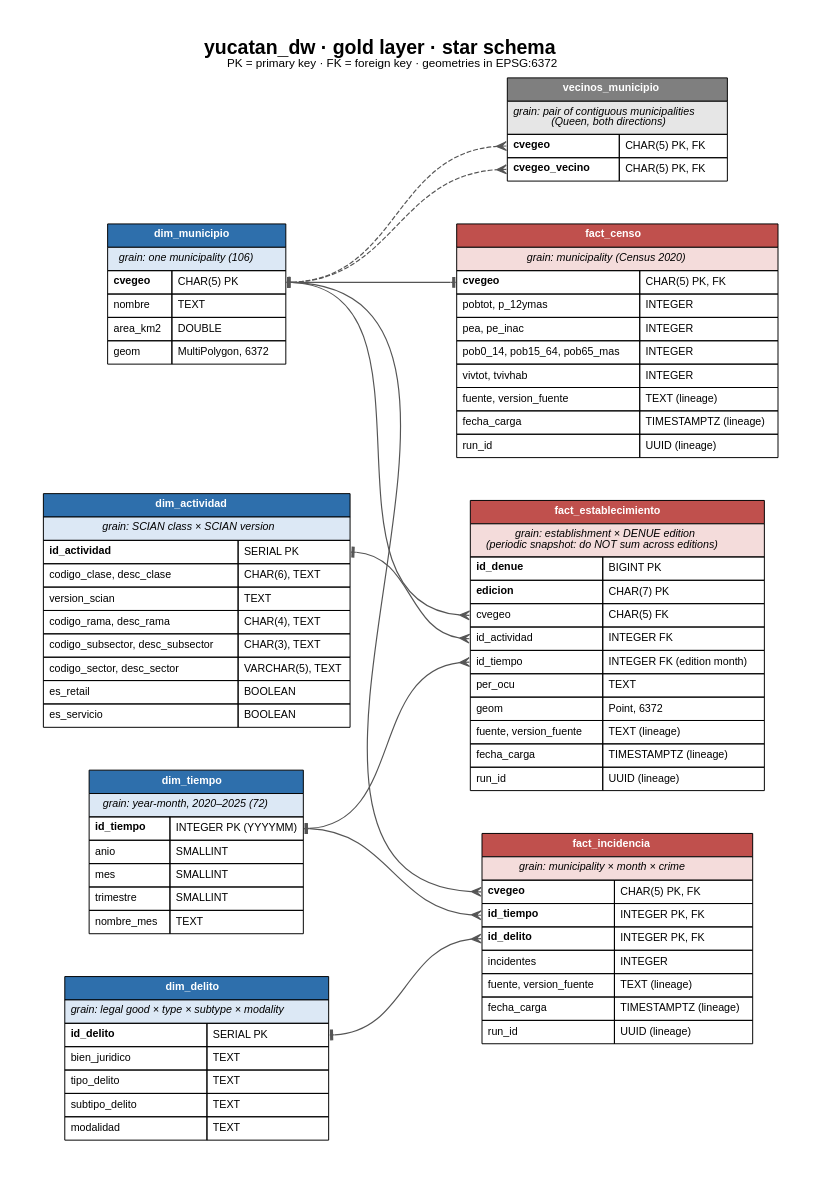
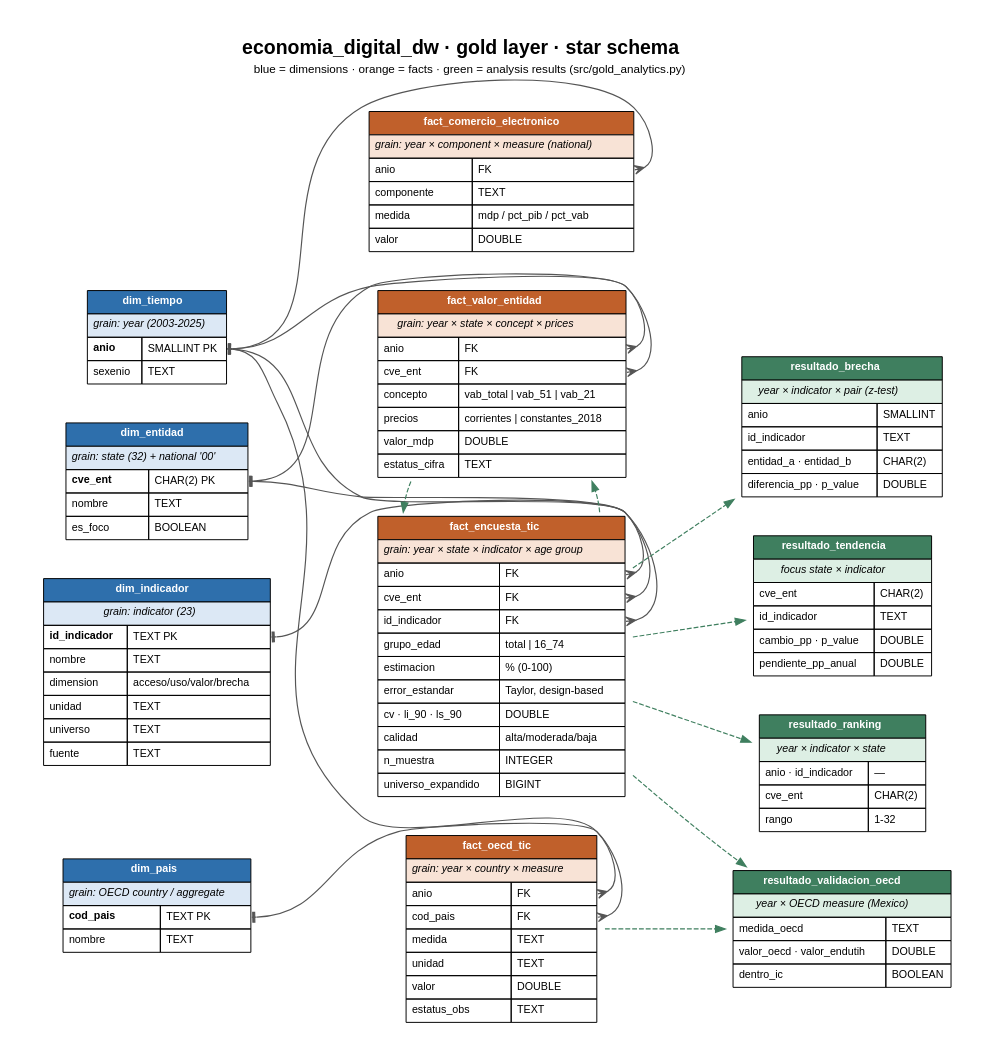
The diagram in docs/warehouse_model.dot (Basengalenga/Tabasco_Yucatan_Mexico), drawn with Graphviz before and after one commit. The commit also changed 157 other files, not shown here.

```diff
--- a/docs/warehouse_model.dot
+++ b/docs/warehouse_model.dot
@@ -1,127 +1,103 @@
-// Dimensional model of the gold layer (yucatan_dw).
+// Dimensional model of the gold layer (economia_digital_dw).
 // Render: dot -Tpng -Gdpi=150 docs/warehouse_model.dot -o docs/warehouse_model.png
 digraph warehouse_model {
-    graph [rankdir=LR, splines=spline, nodesep=0.5, ranksep=1.3, fontname="Helvetica", fontsize=20,
-           labelloc=t, label=<<b>yucatan_dw · gold layer · star schema</b><br/><font point-size="12">PK = primary key · FK = foreign key · geometries in EPSG:6372</font>>, pad=0.4];
+    graph [rankdir=LR, splines=spline, nodesep=0.45, ranksep=1.2, fontname="Helvetica", fontsize=20,
+           labelloc=t, label=<<b>economia_digital_dw · gold layer · star schema</b><br/><font point-size="6"> </font><br/><font point-size="12">blue = dimensions · orange = facts · green = analysis results (src/gold_analytics.py)</font>>, pad=0.4];
     node  [shape=plaintext, fontname="Helvetica", fontsize=11];
     edge  [arrowhead=crow, arrowtail=tee, dir=both, color="#555555", penwidth=1.2];
 
-    // ---------------------------------------------------------------- dimensions
-    dim_municipio [label=<
+    dim_entidad [label=<
       <table border="0" cellborder="1" cellspacing="0" cellpadding="5" bgcolor="white">
-        <tr><td bgcolor="#2E6FAC" colspan="2"><font color="white"><b>dim_municipio</b></font></td></tr>
-        <tr><td bgcolor="#DCE8F5" colspan="2"><i>grain: one municipality (106)</i></td></tr>
-        <tr><td align="left"><b>cvegeo</b></td><td align="left" port="cvegeo">CHAR(5) PK</td></tr>
-        <tr><td align="left">nombre</td><td align="left">TEXT</td></tr>
-        <tr><td align="left">area_km2</td><td align="left">DOUBLE</td></tr>
-        <tr><td align="left">geom</td><td align="left">MultiPolygon, 6372</td></tr>
+        <tr><td bgcolor="#2E6FAC" colspan="2"><font color="white"><b>dim_entidad</b></font></td></tr>
+        <tr><td bgcolor="#DCE8F5" colspan="2"><i>grain: state (32) + national '00'</i></td></tr>
+        <tr><td align="left"><b>cve_ent</b></td><td align="left" port="cve_ent">CHAR(2) PK</td></tr><tr><td align="left">nombre</td><td align="left" port="nombre">TEXT</td></tr><tr><td align="left">es_foco</td><td align="left" port="es_foco">BOOLEAN</td></tr>
       </table>>];
-
     dim_tiempo [label=<
       <table border="0" cellborder="1" cellspacing="0" cellpadding="5" bgcolor="white">
         <tr><td bgcolor="#2E6FAC" colspan="2"><font color="white"><b>dim_tiempo</b></font></td></tr>
-        <tr><td bgcolor="#DCE8F5" colspan="2"><i>grain: year-month, 2020–2025 (72)</i></td></tr>
-        <tr><td align="left"><b>id_tiempo</b></td><td align="left" port="id_tiempo">INTEGER PK (YYYYMM)</td></tr>
-        <tr><td align="left">anio</td><td align="left">SMALLINT</td></tr>
-        <tr><td align="left">mes</td><td align="left">SMALLINT</td></tr>
-        <tr><td align="left">trimestre</td><td align="left">SMALLINT</td></tr>
-        <tr><td align="left">nombre_mes</td><td align="left">TEXT</td></tr>
+        <tr><td bgcolor="#DCE8F5" colspan="2"><i>grain: year (2003-2025)</i></td></tr>
+        <tr><td align="left"><b>anio</b></td><td align="left" port="anio">SMALLINT PK</td></tr><tr><td align="left">sexenio</td><td align="left" port="sexenio">TEXT</td></tr>
+      </table>>];
+    dim_indicador [label=<
+      <table border="0" cellborder="1" cellspacing="0" cellpadding="5" bgcolor="white">
+        <tr><td bgcolor="#2E6FAC" colspan="2"><font color="white"><b>dim_indicador</b></font></td></tr>
+        <tr><td bgcolor="#DCE8F5" colspan="2"><i>grain: indicator (23)</i></td></tr>
+        <tr><td align="left"><b>id_indicador</b></td><td align="left" port="id_indicador">TEXT PK</td></tr><tr><td align="left">nombre</td><td align="left" port="nombre">TEXT</td></tr><tr><td align="left">dimension</td><td align="left" port="dimension">acceso/uso/valor/brecha</td></tr><tr><td align="left">unidad</td><td align="left" port="unidad">TEXT</td></tr><tr><td align="left">universo</td><td align="left" port="universo">TEXT</td></tr><tr><td align="left">fuente</td><td align="left" port="fuente">TEXT</td></tr>
+      </table>>];
+    dim_pais [label=<
+      <table border="0" cellborder="1" cellspacing="0" cellpadding="5" bgcolor="white">
+        <tr><td bgcolor="#2E6FAC" colspan="2"><font color="white"><b>dim_pais</b></font></td></tr>
+        <tr><td bgcolor="#DCE8F5" colspan="2"><i>grain: OECD country / aggregate</i></td></tr>
+        <tr><td align="left"><b>cod_pais</b></td><td align="left" port="cod_pais">TEXT PK</td></tr><tr><td align="left">nombre</td><td align="left" port="nombre">TEXT</td></tr>
+      </table>>];
+    fact_encuesta_tic [label=<
+      <table border="0" cellborder="1" cellspacing="0" cellpadding="5" bgcolor="white">
+        <tr><td bgcolor="#C0602B" colspan="2"><font color="white"><b>fact_encuesta_tic</b></font></td></tr>
+        <tr><td bgcolor="#F8E3D6" colspan="2"><i>grain: year × state × indicator × age group</i></td></tr>
+        <tr><td align="left">anio</td><td align="left" port="anio">FK</td></tr><tr><td align="left">cve_ent</td><td align="left" port="cve_ent">FK</td></tr><tr><td align="left">id_indicador</td><td align="left" port="id_indicador">FK</td></tr><tr><td align="left">grupo_edad</td><td align="left" port="grupo_edad">total | 16_74</td></tr><tr><td align="left">estimacion</td><td align="left" port="estimacion">% (0-100)</td></tr><tr><td align="left">error_estandar</td><td align="left" port="error_estandar">Taylor, design-based</td></tr><tr><td align="left">cv · li_90 · ls_90</td><td align="left" port="cv · li_90 · ls_90">DOUBLE</td></tr><tr><td align="left">calidad</td><td align="left" port="calidad">alta/moderada/baja</td></tr><tr><td align="left">n_muestra</td><td align="left" port="n_muestra">INTEGER</td></tr><tr><td align="left">universo_expandido</td><td align="left" port="universo_expandido">BIGINT</td></tr>
+      </table>>];
+    fact_valor_entidad [label=<
+      <table border="0" cellborder="1" cellspacing="0" cellpadding="5" bgcolor="white">
+        <tr><td bgcolor="#C0602B" colspan="2"><font color="white"><b>fact_valor_entidad</b></font></td></tr>
+        <tr><td bgcolor="#F8E3D6" colspan="2"><i>grain: year × state × concept × prices</i></td></tr>
+        <tr><td align="left">anio</td><td align="left" port="anio">FK</td></tr><tr><td align="left">cve_ent</td><td align="left" port="cve_ent">FK</td></tr><tr><td align="left">concepto</td><td align="left" port="concepto">vab_total | vab_51 | vab_21</td></tr><tr><td align="left">precios</td><td align="left" port="precios">corrientes | constantes_2018</td></tr><tr><td align="left">valor_mdp</td><td align="left" port="valor_mdp">DOUBLE</td></tr><tr><td align="left">estatus_cifra</td><td align="left" port="estatus_cifra">TEXT</td></tr>
+      </table>>];
+    fact_comercio_electronico [label=<
+      <table border="0" cellborder="1" cellspacing="0" cellpadding="5" bgcolor="white">
+        <tr><td bgcolor="#C0602B" colspan="2"><font color="white"><b>fact_comercio_electronico</b></font></td></tr>
+        <tr><td bgcolor="#F8E3D6" colspan="2"><i>grain: year × component × measure (national)</i></td></tr>
+        <tr><td align="left">anio</td><td align="left" port="anio">FK</td></tr><tr><td align="left">componente</td><td align="left" port="componente">TEXT</td></tr><tr><td align="left">medida</td><td align="left" port="medida">mdp / pct_pib / pct_vab</td></tr><tr><td align="left">valor</td><td align="left" port="valor">DOUBLE</td></tr>
+      </table>>];
+    fact_oecd_tic [label=<
+      <table border="0" cellborder="1" cellspacing="0" cellpadding="5" bgcolor="white">
+        <tr><td bgcolor="#C0602B" colspan="2"><font color="white"><b>fact_oecd_tic</b></font></td></tr>
+        <tr><td bgcolor="#F8E3D6" colspan="2"><i>grain: year × country × measure</i></td></tr>
+        <tr><td align="left">anio</td><td align="left" port="anio">FK</td></tr><tr><td align="left">cod_pais</td><td align="left" port="cod_pais">FK</td></tr><tr><td align="left">medida</td><td align="left" port="medida">TEXT</td></tr><tr><td align="left">unidad</td><td align="left" port="unidad">TEXT</td></tr><tr><td align="left">valor</td><td align="left" port="valor">DOUBLE</td></tr><tr><td align="left">estatus_obs</td><td align="left" port="estatus_obs">TEXT</td></tr>
+      </table>>];
+    resultado_brecha [label=<
+      <table border="0" cellborder="1" cellspacing="0" cellpadding="5" bgcolor="white">
+        <tr><td bgcolor="#3F7F5F" colspan="2"><font color="white"><b>resultado_brecha</b></font></td></tr>
+        <tr><td bgcolor="#DDEFE4" colspan="2"><i>year × indicator × pair (z-test)</i></td></tr>
+        <tr><td align="left">anio</td><td align="left" port="anio">SMALLINT</td></tr><tr><td align="left">id_indicador</td><td align="left" port="id_indicador">TEXT</td></tr><tr><td align="left">entidad_a · entidad_b</td><td align="left" port="entidad_a · entidad_b">CHAR(2)</td></tr><tr><td align="left">diferencia_pp · p_value</td><td align="left" port="diferencia_pp · p_value">DOUBLE</td></tr>
+      </table>>];
+    resultado_tendencia [label=<
+      <table border="0" cellborder="1" cellspacing="0" cellpadding="5" bgcolor="white">
+        <tr><td bgcolor="#3F7F5F" colspan="2"><font color="white"><b>resultado_tendencia</b></font></td></tr>
+        <tr><td bgcolor="#DDEFE4" colspan="2"><i>focus state × indicator</i></td></tr>
+        <tr><td align="left">cve_ent</td><td align="left" port="cve_ent">CHAR(2)</td></tr><tr><td align="left">id_indicador</td><td align="left" port="id_indicador">TEXT</td></tr><tr><td align="left">cambio_pp · p_value</td><td align="left" port="cambio_pp · p_value">DOUBLE</td></tr><tr><td align="left">pendiente_pp_anual</td><td align="left" port="pendiente_pp_anual">DOUBLE</td></tr>
+      </table>>];
+    resultado_ranking [label=<
+      <table border="0" cellborder="1" cellspacing="0" cellpadding="5" bgcolor="white">
+        <tr><td bgcolor="#3F7F5F" colspan="2"><font color="white"><b>resultado_ranking</b></font></td></tr>
+        <tr><td bgcolor="#DDEFE4" colspan="2"><i>year × indicator × state</i></td></tr>
+        <tr><td align="left">anio · id_indicador</td><td align="left" port="anio · id_indicador">—</td></tr><tr><td align="left">cve_ent</td><td align="left" port="cve_ent">CHAR(2)</td></tr><tr><td align="left">rango</td><td align="left" port="rango">1-32</td></tr>
+      </table>>];
+    resultado_validacion_oecd [label=<
+      <table border="0" cellborder="1" cellspacing="0" cellpadding="5" bgcolor="white">
+        <tr><td bgcolor="#3F7F5F" colspan="2"><font color="white"><b>resultado_validacion_oecd</b></font></td></tr>
+        <tr><td bgcolor="#DDEFE4" colspan="2"><i>year × OECD measure (Mexico)</i></td></tr>
+        <tr><td align="left">medida_oecd</td><td align="left" port="medida_oecd">TEXT</td></tr><tr><td align="left">valor_oecd · valor_endutih</td><td align="left" port="valor_oecd · valor_endutih">DOUBLE</td></tr><tr><td align="left">dentro_ic</td><td align="left" port="dentro_ic">BOOLEAN</td></tr>
       </table>>];
 
-    dim_actividad [label=<
-      <table border="0" cellborder="1" cellspacing="0" cellpadding="5" bgcolor="white">
-        <tr><td bgcolor="#2E6FAC" colspan="2"><font color="white"><b>dim_actividad</b></font></td></tr>
-        <tr><td bgcolor="#DCE8F5" colspan="2"><i>grain: SCIAN class × SCIAN version</i></td></tr>
-        <tr><td align="left"><b>id_actividad</b></td><td align="left" port="id_actividad">SERIAL PK</td></tr>
-        <tr><td align="left">codigo_clase, desc_clase</td><td align="left">CHAR(6), TEXT</td></tr>
-        <tr><td align="left">version_scian</td><td align="left">TEXT</td></tr>
-        <tr><td align="left">codigo_rama, desc_rama</td><td align="left">CHAR(4), TEXT</td></tr>
-        <tr><td align="left">codigo_subsector, desc_subsector</td><td align="left">CHAR(3), TEXT</td></tr>
-        <tr><td align="left">codigo_sector, desc_sector</td><td align="left">VARCHAR(5), TEXT</td></tr>
-        <tr><td align="left">es_retail</td><td align="left">BOOLEAN</td></tr>
-        <tr><td align="left">es_servicio</td><td align="left">BOOLEAN</td></tr>
-      </table>>];
+    { rank=same; dim_entidad; dim_tiempo; dim_indicador; dim_pais; }
+    { rank=same; fact_encuesta_tic; fact_valor_entidad; fact_comercio_electronico; fact_oecd_tic; }
+    { rank=same; resultado_brecha; resultado_tendencia; resultado_ranking; resultado_validacion_oecd; }
 
-    dim_delito [label=<
-      <table border="0" cellborder="1" cellspacing="0" cellpadding="5" bgcolor="white">
-        <tr><td bgcolor="#2E6FAC" colspan="2"><font color="white"><b>dim_delito</b></font></td></tr>
-        <tr><td bgcolor="#DCE8F5" colspan="2"><i>grain: legal good × type × subtype × modality</i></td></tr>
-        <tr><td align="left"><b>id_delito</b></td><td align="left" port="id_delito">SERIAL PK</td></tr>
-        <tr><td align="left">bien_juridico</td><td align="left">TEXT</td></tr>
-        <tr><td align="left">tipo_delito</td><td align="left">TEXT</td></tr>
-        <tr><td align="left">subtipo_delito</td><td align="left">TEXT</td></tr>
-        <tr><td align="left">modalidad</td><td align="left">TEXT</td></tr>
-      </table>>];
+    dim_entidad:cve_ent -> fact_encuesta_tic:cve_ent;
+    dim_tiempo:anio -> fact_encuesta_tic:anio;
+    dim_indicador:id_indicador -> fact_encuesta_tic:id_indicador;
+    dim_entidad:cve_ent -> fact_valor_entidad:cve_ent;
+    dim_tiempo:anio -> fact_valor_entidad:anio;
+    dim_tiempo:anio -> fact_comercio_electronico:anio;
+    dim_tiempo:anio -> fact_oecd_tic:anio;
+    dim_pais:cod_pais -> fact_oecd_tic:cod_pais;
 
-    // ---------------------------------------------------------------- facts
-    fact_censo [label=<
-      <table border="0" cellborder="1" cellspacing="0" cellpadding="5" bgcolor="white">
-        <tr><td bgcolor="#C0504D" colspan="2"><font color="white"><b>fact_censo</b></font></td></tr>
-        <tr><td bgcolor="#F4DCDB" colspan="2"><i>grain: municipality (Census 2020)</i></td></tr>
-        <tr><td align="left" port="cvegeo"><b>cvegeo</b></td><td align="left">CHAR(5) PK, FK</td></tr>
-        <tr><td align="left">pobtot, p_12ymas</td><td align="left">INTEGER</td></tr>
-        <tr><td align="left">pea, pe_inac</td><td align="left">INTEGER</td></tr>
-        <tr><td align="left">pob0_14, pob15_64, pob65_mas</td><td align="left">INTEGER</td></tr>
-        <tr><td align="left">vivtot, tvivhab</td><td align="left">INTEGER</td></tr>
-        <tr><td align="left">fuente, version_fuente</td><td align="left">TEXT (lineage)</td></tr>
-        <tr><td align="left">fecha_carga</td><td align="left">TIMESTAMPTZ (lineage)</td></tr>
-        <tr><td align="left">run_id</td><td align="left">UUID (lineage)</td></tr>
-      </table>>];
-
-    fact_establecimiento [label=<
-      <table border="0" cellborder="1" cellspacing="0" cellpadding="5" bgcolor="white">
-        <tr><td bgcolor="#C0504D" colspan="2"><font color="white"><b>fact_establecimiento</b></font></td></tr>
-        <tr><td bgcolor="#F4DCDB" colspan="2"><i>grain: establishment × DENUE edition</i><br/><i>(periodic snapshot: do NOT sum across editions)</i></td></tr>
-        <tr><td align="left"><b>id_denue</b></td><td align="left">BIGINT PK</td></tr>
-        <tr><td align="left"><b>edicion</b></td><td align="left">CHAR(7) PK</td></tr>
-        <tr><td align="left" port="cvegeo">cvegeo</td><td align="left">CHAR(5) FK</td></tr>
-        <tr><td align="left" port="id_actividad">id_actividad</td><td align="left">INTEGER FK</td></tr>
-        <tr><td align="left" port="id_tiempo">id_tiempo</td><td align="left">INTEGER FK (edition month)</td></tr>
-        <tr><td align="left">per_ocu</td><td align="left">TEXT</td></tr>
-        <tr><td align="left">geom</td><td align="left">Point, 6372</td></tr>
-        <tr><td align="left">fuente, version_fuente</td><td align="left">TEXT (lineage)</td></tr>
-        <tr><td align="left">fecha_carga</td><td align="left">TIMESTAMPTZ (lineage)</td></tr>
-        <tr><td align="left">run_id</td><td align="left">UUID (lineage)</td></tr>
-      </table>>];
-
-    fact_incidencia [label=<
-      <table border="0" cellborder="1" cellspacing="0" cellpadding="5" bgcolor="white">
-        <tr><td bgcolor="#C0504D" colspan="2"><font color="white"><b>fact_incidencia</b></font></td></tr>
-        <tr><td bgcolor="#F4DCDB" colspan="2"><i>grain: municipality × month × crime</i></td></tr>
-        <tr><td align="left" port="cvegeo"><b>cvegeo</b></td><td align="left">CHAR(5) PK, FK</td></tr>
-        <tr><td align="left" port="id_tiempo"><b>id_tiempo</b></td><td align="left">INTEGER PK, FK</td></tr>
-        <tr><td align="left" port="id_delito"><b>id_delito</b></td><td align="left">INTEGER PK, FK</td></tr>
-        <tr><td align="left">incidentes</td><td align="left">INTEGER</td></tr>
-        <tr><td align="left">fuente, version_fuente</td><td align="left">TEXT (lineage)</td></tr>
-        <tr><td align="left">fecha_carga</td><td align="left">TIMESTAMPTZ (lineage)</td></tr>
-        <tr><td align="left">run_id</td><td align="left">UUID (lineage)</td></tr>
-      </table>>];
-
-    // ---------------------------------------------------------------- bridge
-    vecinos_municipio [label=<
-      <table border="0" cellborder="1" cellspacing="0" cellpadding="5" bgcolor="white">
-        <tr><td bgcolor="#7F7F7F" colspan="2"><font color="white"><b>vecinos_municipio</b></font></td></tr>
-        <tr><td bgcolor="#E6E6E6" colspan="2"><i>grain: pair of contiguous municipalities</i><br/><i>(Queen, both directions)</i></td></tr>
-        <tr><td align="left" port="cvegeo"><b>cvegeo</b></td><td align="left">CHAR(5) PK, FK</td></tr>
-        <tr><td align="left" port="cvegeo_vecino"><b>cvegeo_vecino</b></td><td align="left">CHAR(5) PK, FK</td></tr>
-      </table>>];
-
-    // ---------------------------------------------------------------- layout
-    // Dimensions on the left; facts and the neighbour bridge on the right.
-    { rank=same; dim_municipio; dim_tiempo; dim_actividad; dim_delito; }
-    { rank=same; vecinos_municipio; fact_censo; fact_establecimiento; fact_incidencia; }
-
-    // ---------------------------------------------------------------- relationships
-    // one (tee) on the dimension side ─< many (crow) on the fact side
-    dim_municipio:cvegeo:e       -> fact_censo:cvegeo:w             [arrowhead=tee];  // 1:1
-    dim_municipio:cvegeo:e       -> fact_establecimiento:cvegeo:w;
-    dim_municipio:cvegeo:e       -> fact_incidencia:cvegeo:w;
-    dim_tiempo:id_tiempo:e       -> fact_establecimiento:id_tiempo:w;
-    dim_tiempo:id_tiempo:e       -> fact_incidencia:id_tiempo:w;
-    dim_actividad:id_actividad:e -> fact_establecimiento:id_actividad:w;
-    dim_delito:id_delito:e       -> fact_incidencia:id_delito:w;
-
-    // bridge: each municipality appears N times as cvegeo and N times as cvegeo_vecino
-    dim_municipio:cvegeo:e -> vecinos_municipio:cvegeo:w        [style=dashed];
-    dim_municipio:cvegeo:e -> vecinos_municipio:cvegeo_vecino:w [style=dashed];
+    edge [style=dashed, arrowhead=normal, arrowtail=none, dir=forward, color="#3F7F5F"];
+    fact_encuesta_tic -> resultado_brecha;
+    fact_encuesta_tic -> resultado_tendencia;
+    fact_encuesta_tic -> resultado_ranking;
+    fact_encuesta_tic ->
+    fact_valor_entidad ->
+    fact_encuesta_tic -> resultado_validacion_oecd;
+    fact_oecd_tic -> resultado_validacion_oecd;
 }
```
